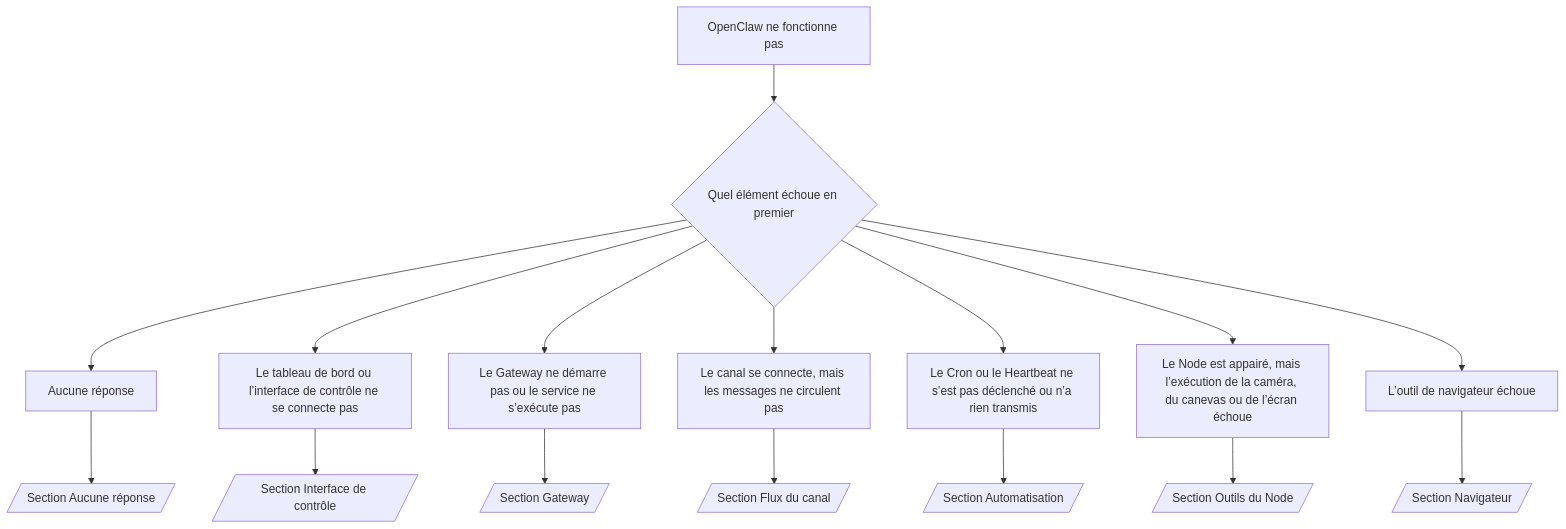
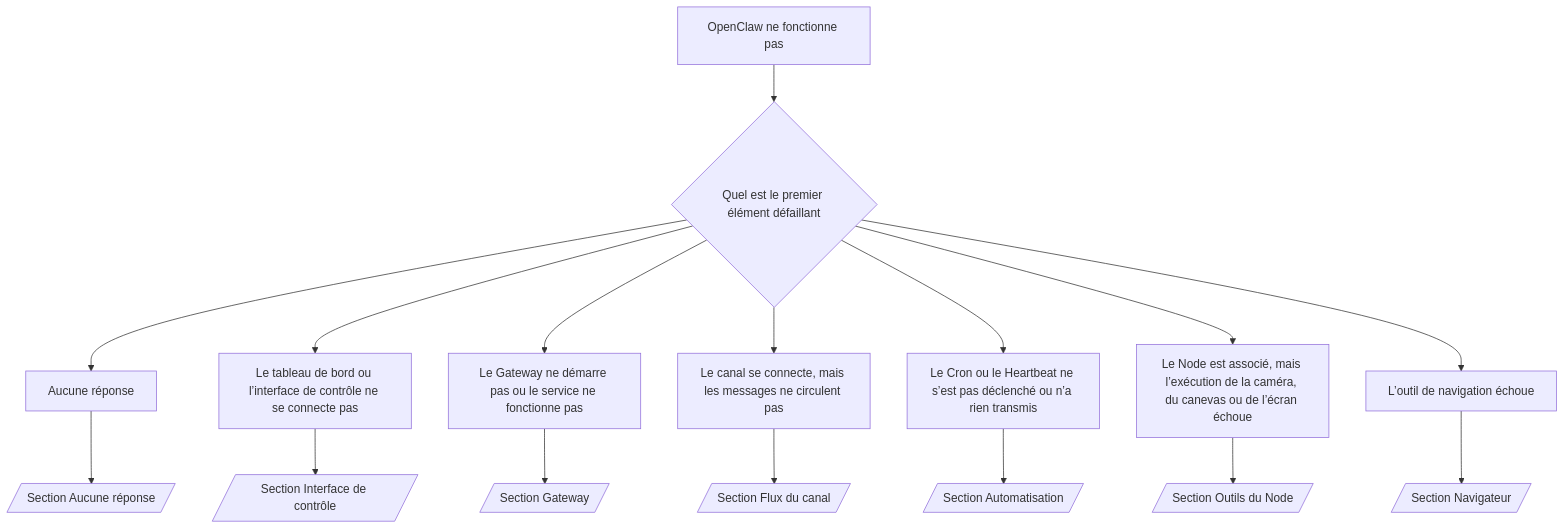
One commit to openclaw/docs changed the diagram in docs/fr/help/troubleshooting.md. Above: the diagram before and after it, drawn with Mermaid. The commit also changed other lines of this file and 11240 other files, not shown here.

````diff
--- a/docs/fr/help/troubleshooting.md
+++ b/docs/fr/help/troubleshooting.md
@@ -193,19 +199,19 @@
 ```mermaid
 flowchart TD
-  A[OpenClaw ne fonctionne pas] --> B{Quel élément échoue en premier}
+  A[OpenClaw ne fonctionne pas] --> B{Quel est le premier élément défaillant}
   B --> C[Aucune réponse]
   B --> D[Le tableau de bord ou l’interface de contrôle ne se connecte pas]
-  B --> E[Le Gateway ne démarre pas ou le service ne s’exécute pas]
+  B --> E[Le Gateway ne démarre pas ou le service ne fonctionne pas]
   B --> F[Le canal se connecte, mais les messages ne circulent pas]
   B --> G[Le Cron ou le Heartbeat ne s’est pas déclenché ou n’a rien transmis]
-  B --> H[Le Node est appairé, mais l’exécution de la caméra, du canevas ou de l’écran échoue]
-  B --> I[L’outil de navigateur échoue]
+  B --> H[Le Node est associé, mais l’exécution de la caméra, du canevas ou de l’écran échoue]
+  B --> I[L’outil de navigation échoue]
 
   C --> C1[/Section Aucune réponse/]
   D --> D1[/Section Interface de contrôle/]
   E --> E1[/Section Gateway/]
   F --> F1[/Section Flux du canal/]
   G --> G1[/Section Automatisation/]
   H --> H1[/Section Outils du Node/]
   I --> I1[/Section Navigateur/]
 ```
````
